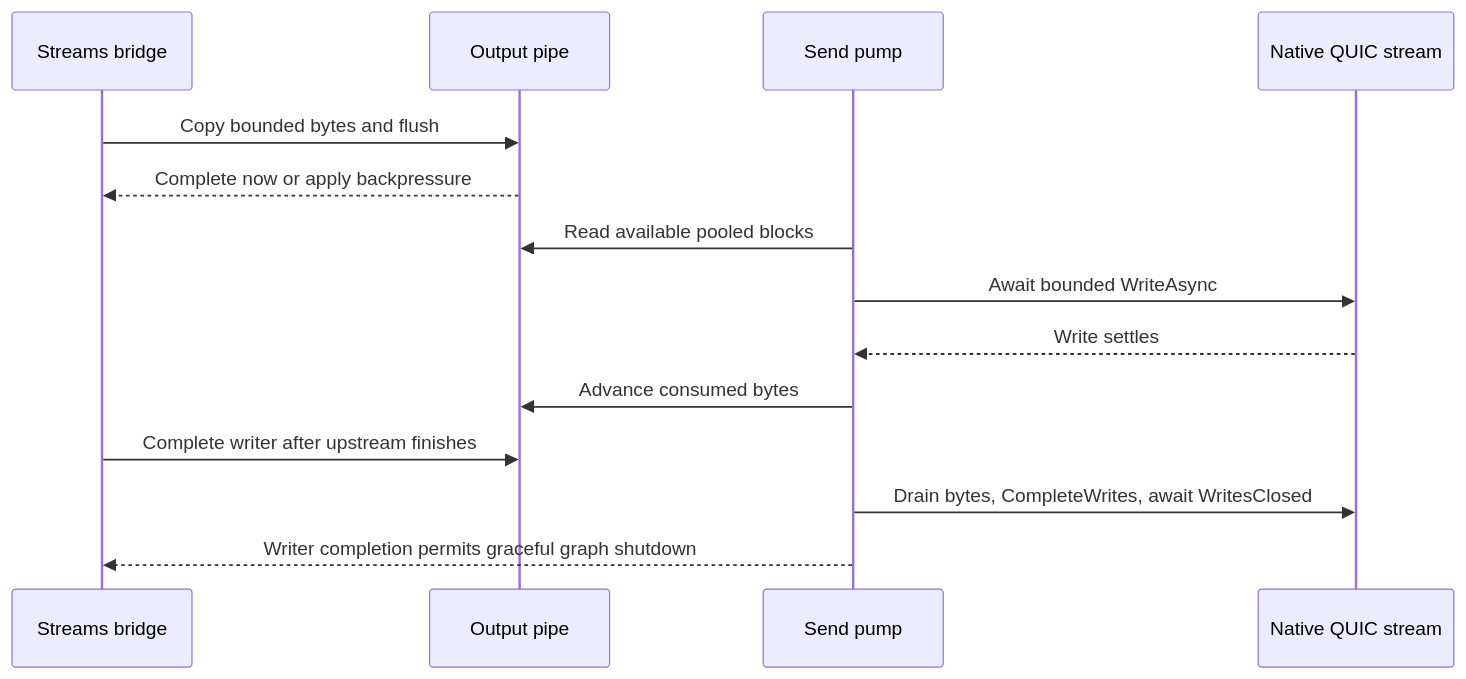
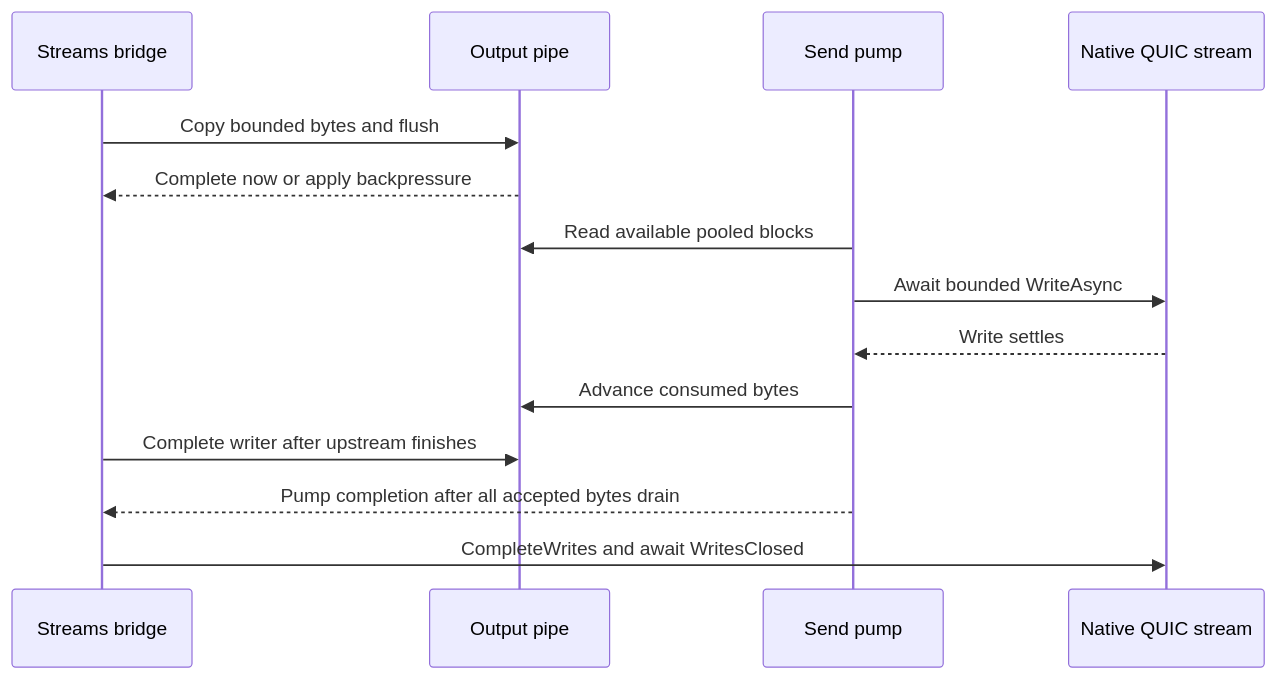
Before and after one commit to Aaronontheweb/akka.net: the third of 3 diagrams in openspec/changes/artery-quic-prototype/design.md, drawn with Mermaid. The commit also changed other lines of this file and 6 other files, not shown here.

````diff
--- a/openspec/changes/artery-quic-prototype/design.md
+++ b/openspec/changes/artery-quic-prototype/design.md
@@ -143,16 +153,16 @@
 ```mermaid
 sequenceDiagram
     participant G as Streams bridge
     participant P as Output pipe
     participant W as Send pump
     participant N as Native QUIC stream
     G->>P: Copy bounded bytes and flush
     P-->>G: Complete now or apply backpressure
     W->>P: Read available pooled blocks
     W->>N: Await bounded WriteAsync
     N-->>W: Write settles
     W->>P: Advance consumed bytes
     G->>P: Complete writer after upstream finishes
-    W->>N: Drain bytes, CompleteWrites, await WritesClosed
-    W-->>G: Writer completion permits graceful graph shutdown
+    W-->>G: Pump completion after all accepted bytes drain
+    G->>N: CompleteWrites and await WritesClosed
 ```
````
